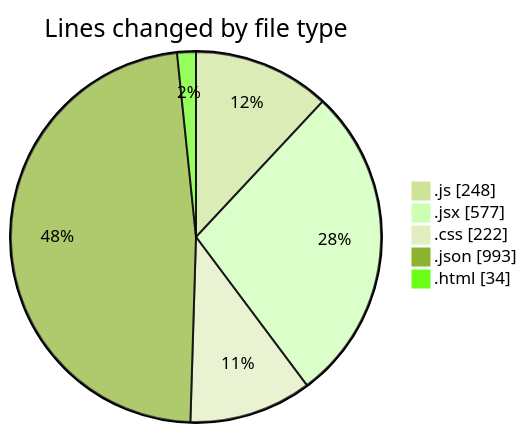
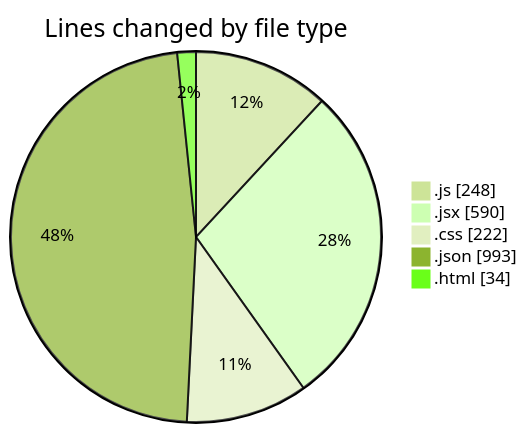
One commit to Ritupan-Deka/code-tracking changed the first of 2 diagrams in 2025-07-01/urlwebwalatask/README.md. Above: the diagram before and after it, drawn with Mermaid (forest theme). The commit also changed other lines of this file and 1 other file, not shown here.

````diff
--- a/2025-07-01/urlwebwalatask/README.md
+++ b/2025-07-01/urlwebwalatask/README.md
@@ -31,9 +31,9 @@
 ```mermaid
 pie showData
 title Lines changed by file type
 ".js" : 248
-".jsx" : 577
+".jsx" : 590
 ".css" : 222
 ".json" : 993
 ".html" : 34
 ```
````
